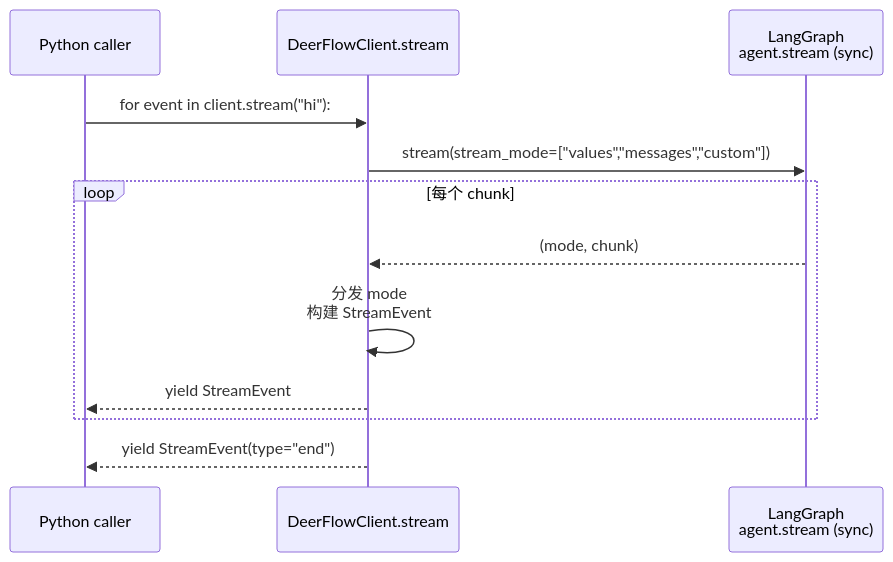
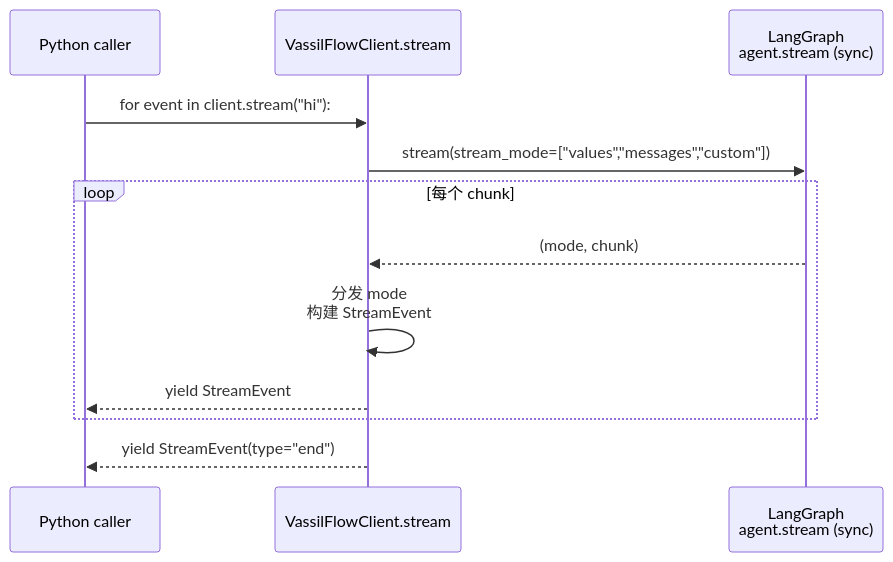
The third of 5 diagrams in backend/docs/STREAMING.md (0xharryriddle/VassilFlow), drawn with Mermaid before and after one commit. The commit also changed other lines of this file and 1 other file, not shown here.

Commit message:
docs: use VassilFlow client naming in streaming guide

````diff
--- a/backend/docs/STREAMING.md
+++ b/backend/docs/STREAMING.md
@@ -150,15 +150,15 @@
 ```mermaid
 sequenceDiagram
     participant User as Python caller
-    participant Client as DeerFlowClient.stream
+    participant Client as VassilFlowClient.stream
     participant Agent as LangGraph<br/>agent.stream (sync)
 
     User->>Client: for event in client.stream("hi"):
     Client->>Agent: stream(stream_mode=["values","messages","custom"])
     loop 每个 chunk
         Agent-->>Client: (mode, chunk)
         Client->>Client: 分发 mode<br/>构建 StreamEvent
         Client-->>User: yield StreamEvent
     end
     Client-->>User: yield StreamEvent(type="end")
 ```
````
